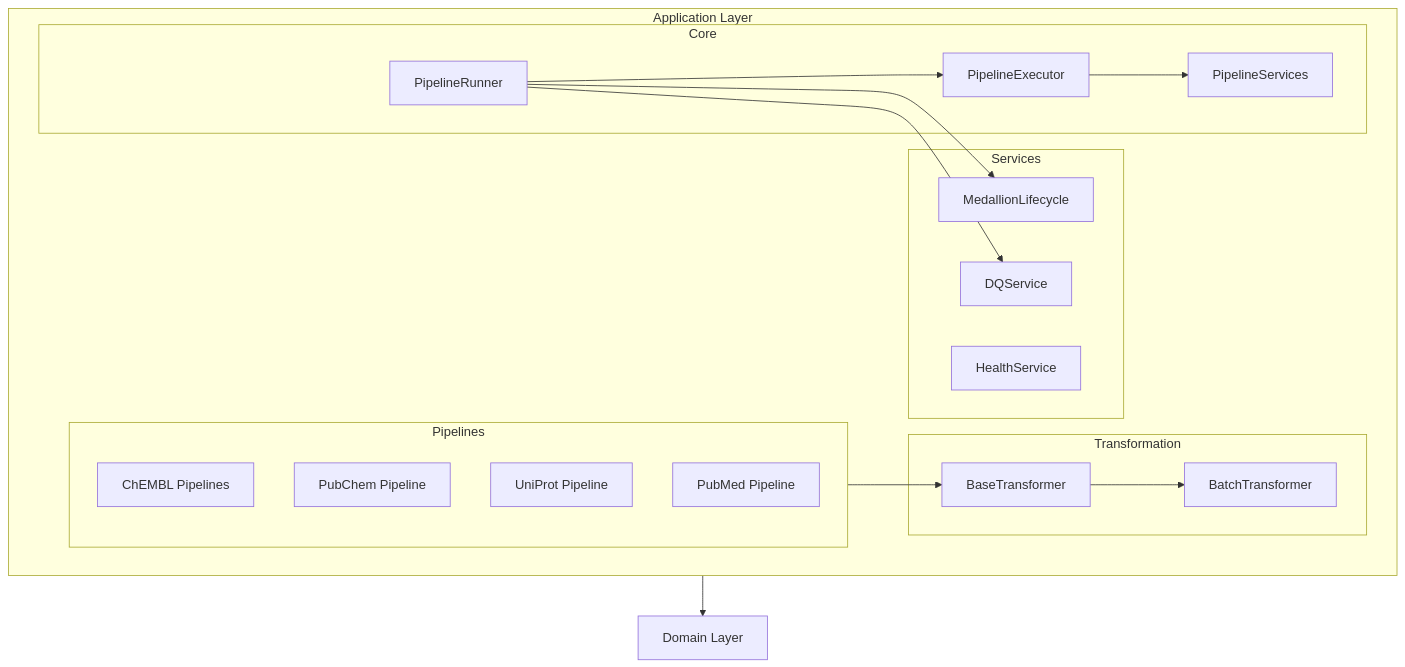
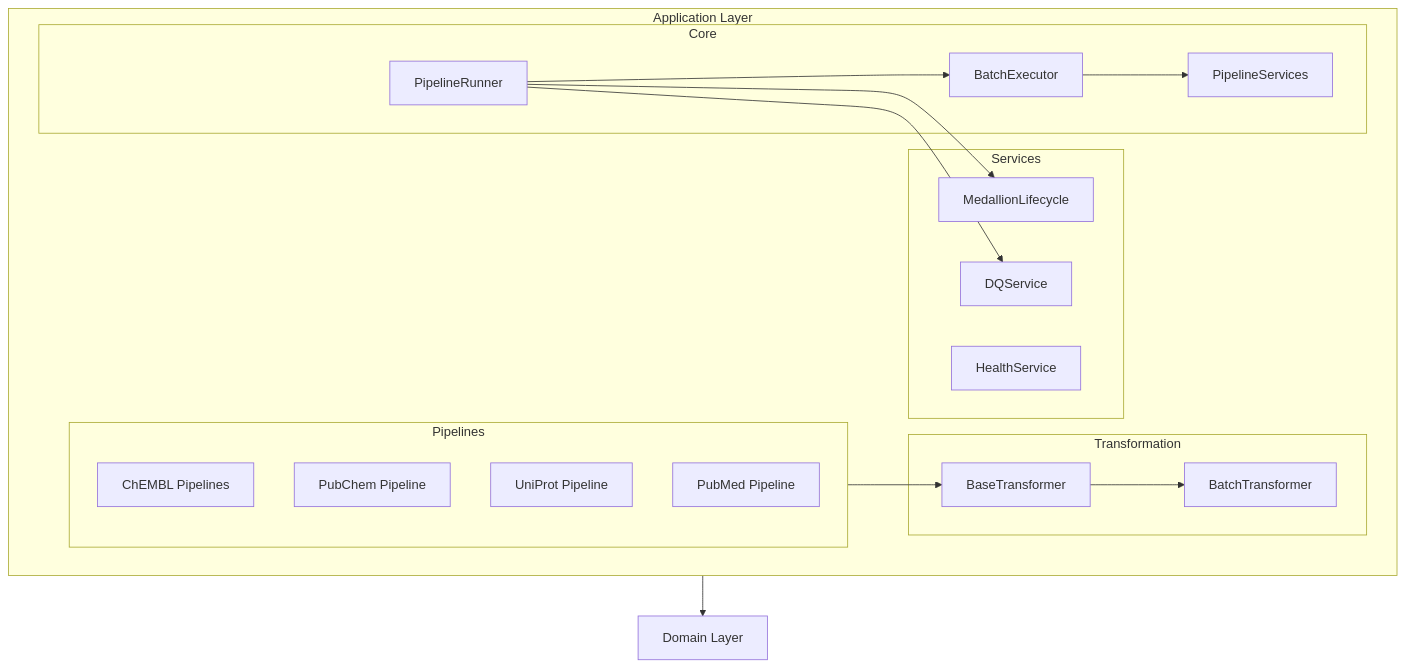
Before and after one commit to SatoryKono/BioactivityDataAcquisition: the first of 2 diagrams in docs/04-reference/api/application.md, drawn with Mermaid. The commit also changed other lines of this file and 3 other files, not shown here.

````diff
--- a/docs/04-reference/api/application.md
+++ b/docs/04-reference/api/application.md
@@ -7,37 +7,37 @@
 ```mermaid
 flowchart TB
     subgraph Application["Application Layer"]
         subgraph Core["Core"]
             Runner[PipelineRunner]
-            Executor[PipelineExecutor]
+            Executor[BatchExecutor]
             Services[PipelineServices]
         end
 
         subgraph AppServices["Services"]
             Medallion[MedallionLifecycle]
             DQ[DQService]
             Health[HealthService]
         end
 
         subgraph Transform["Transformation"]
             BaseT[BaseTransformer]
             BatchT[BatchTransformer]
         end
 
         subgraph Pipelines["Pipelines"]
             ChEMBL[ChEMBL Pipelines]
             PubChem[PubChem Pipeline]
             UniProt[UniProt Pipeline]
             PubMed[PubMed Pipeline]
         end
 
         Runner --> Executor
         Executor --> Services
         Runner --> Medallion
         Runner --> DQ
         BaseT --> BatchT
         Pipelines --> BaseT
     end
 
     Application --> Domain["Domain Layer"]
 ```
````
